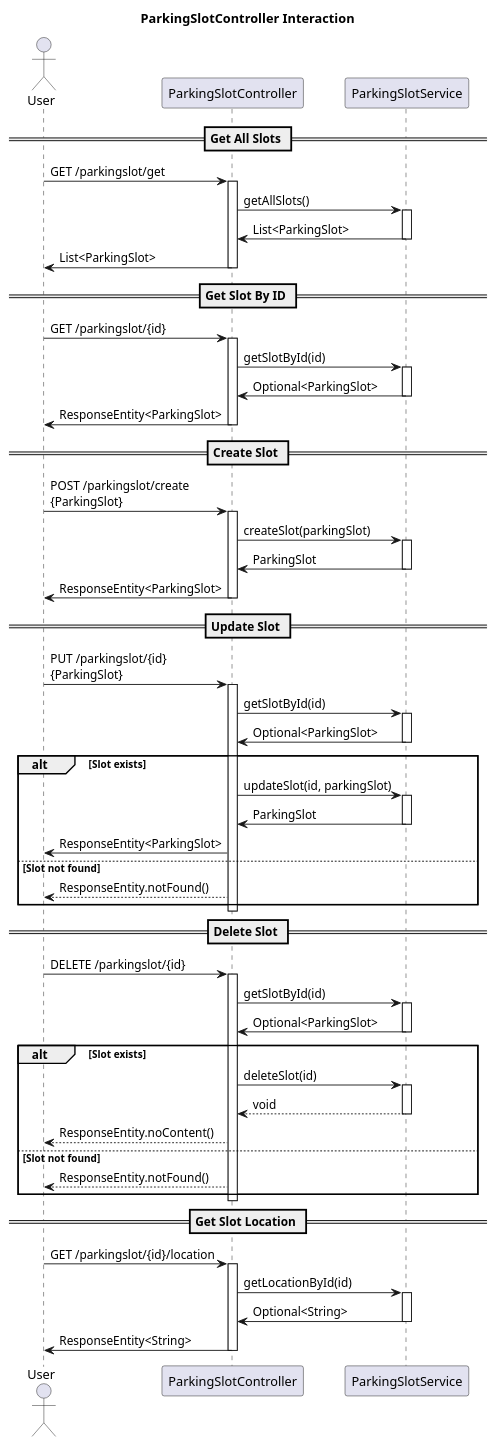
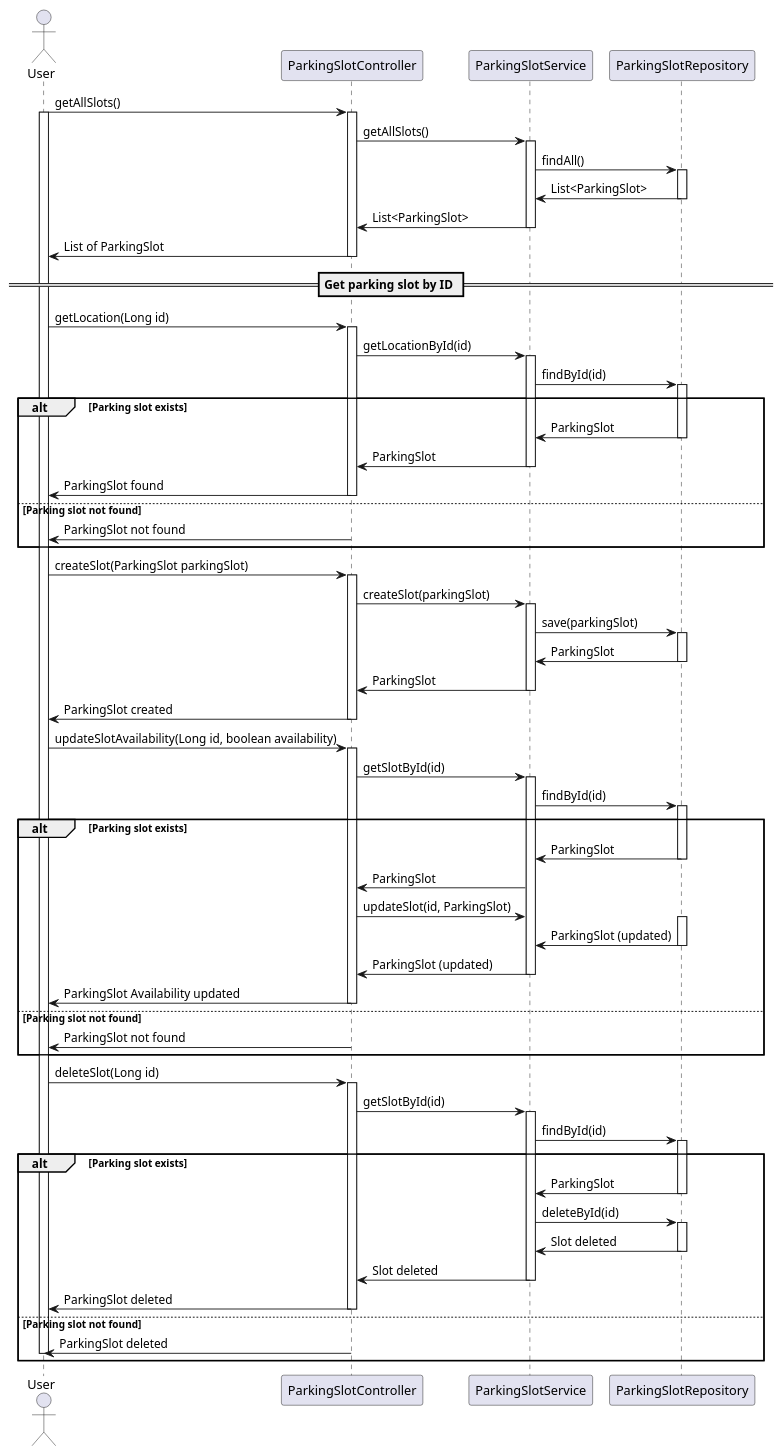
Before and after one commit to Bray-A/ParkingSlotPayment-ManagementService: the diagram in parkingslot-service/parkingslot-uml/parkingslotservice-uml.puml, drawn with PlantUML. The commit also changed 21 other files, not shown here.

```diff
--- a/parkingslot-service/parkingslot-uml/parkingslotservice-uml.puml
+++ b/parkingslot-service/parkingslot-uml/parkingslotservice-uml.puml
@@ -1,86 +1,107 @@
 @startuml
-
-title ParkingSlotController Interaction
-
 actor User
-
 participant "ParkingSlotController" as Controller
 participant "ParkingSlotService" as Service
+participant "ParkingSlotRepository" as Repository
 
-== Get All Slots ==
-User -> Controller : GET /parkingslot/get
+User -> Controller: getAllSlots()
+activate User
 activate Controller
-Controller -> Service : getAllSlots()
+Controller -> Service: getAllSlots()
 activate Service
-Service -> Controller : List<ParkingSlot>
+Service -> Repository: findAll()
+activate Repository
+Repository -> Service: List<ParkingSlot>
+deactivate Repository
+Service -> Controller: List<ParkingSlot>
 deactivate Service
-Controller -> User : List<ParkingSlot>
+Controller -> User: List of ParkingSlot
 deactivate Controller
 
-== Get Slot By ID ==
-User -> Controller : GET /parkingslot/{id}
+== Get parking slot by ID ==
+User -> Controller: getLocation(Long id)
 activate Controller
-Controller -> Service : getSlotById(id)
+Controller -> Service: getLocationById(id)
 activate Service
-Service -> Controller : Optional<ParkingSlot>
+Service -> Repository: findById(id)
+activate Repository
+
+alt Parking slot exists
+    Repository -> Service: ParkingSlot
+    deactivate Repository
+    Service -> Controller: ParkingSlot
+    deactivate Service
+    Controller -> User: ParkingSlot found
+deactivate Controller
+else Parking slot not found
+
+    Controller -> User: ParkingSlot not found
+deactivate Controller
+end
+
+User -> Controller: createSlot(ParkingSlot parkingSlot)
+activate Controller
+Controller -> Service: createSlot(parkingSlot)
+activate Service
+Service -> Repository: save(parkingSlot)
+activate Repository
+Repository -> Service: ParkingSlot
+deactivate Repository
+Service -> Controller: ParkingSlot
 deactivate Service
-Controller -> User : ResponseEntity<ParkingSlot>
+Controller -> User: ParkingSlot created
 deactivate Controller
 
-== Create Slot ==
-User -> Controller : POST /parkingslot/create\n{ParkingSlot}
+
+User -> Controller: updateSlotAvailability(Long id, boolean availability)
 activate Controller
-Controller -> Service : createSlot(parkingSlot)
+Controller -> Service: getSlotById(id)
 activate Service
-Service -> Controller : ParkingSlot
-deactivate Service
-Controller -> User : ResponseEntity<ParkingSlot>
+Service -> Repository: findById(id)
+activate Repository
+
+alt Parking slot exists
+    Repository -> Service: ParkingSlot
+    deactivate Repository
+    Service -> Controller: ParkingSlot
+    Controller -> Service: updateSlot(id, ParkingSlot)
+    activate Repository
+    Repository -> Service: ParkingSlot (updated)
+    deactivate Repository
+    Service -> Controller: ParkingSlot (updated)
+    deactivate Service
+    Controller -> User: ParkingSlot Availability updated
 deactivate Controller
+else Parking slot not found
 
-== Update Slot ==
-User -> Controller : PUT /parkingslot/{id}\n{ParkingSlot}
+    deactivate Service
+    Controller -> User: ParkingSlot not found
+deactivate Controller
+end
+
+
+User -> Controller: deleteSlot(Long id)
 activate Controller
-Controller -> Service : getSlotById(id)
+Controller -> Service: getSlotById(id)
 activate Service
-Service -> Controller : Optional<ParkingSlot>
-deactivate Service
-alt Slot exists
-    Controller -> Service : updateSlot(id, parkingSlot)
-    activate Service
-    Service -> Controller : ParkingSlot
+Service -> Repository: findById(id)
+activate Repository
+
+alt Parking slot exists
+    Repository -> Service: ParkingSlot
+    deactivate Repository
+    Service -> Repository: deleteById(id)
+    activate Repository
+    Repository -> Service: Slot deleted
+    deactivate Repository
+    Service -> Controller: Slot deleted
     deactivate Service
-    Controller -> User : ResponseEntity<ParkingSlot>
-else Slot not found
-    Controller --> User : ResponseEntity.notFound()
+    Controller -> User: ParkingSlot deleted
+deactivate Controller
+else Parking slot not found
+
+    Controller -> User: ParkingSlot deleted
+    deactivate User
+deactivate Controller
 end
-deactivate Controller
-
-== Delete Slot ==
-User -> Controller : DELETE /parkingslot/{id}
-activate Controller
-Controller -> Service : getSlotById(id)
-activate Service
-Service -> Controller : Optional<ParkingSlot>
-deactivate Service
-alt Slot exists
-    Controller -> Service : deleteSlot(id)
-    activate Service
-    Service --> Controller : void
-    deactivate Service
-    Controller --> User : ResponseEntity.noContent()
-else Slot not found
-    Controller --> User : ResponseEntity.notFound()
-end
-deactivate Controller
-
-== Get Slot Location ==
-User -> Controller : GET /parkingslot/{id}/location
-activate Controller
-Controller -> Service : getLocationById(id)
-activate Service
-Service -> Controller : Optional<String>
-deactivate Service
-Controller -> User : ResponseEntity<String>
-deactivate Controller
-
 @enduml
```
